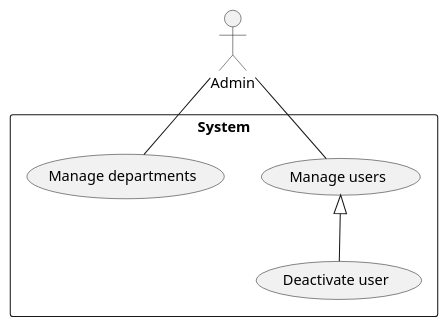
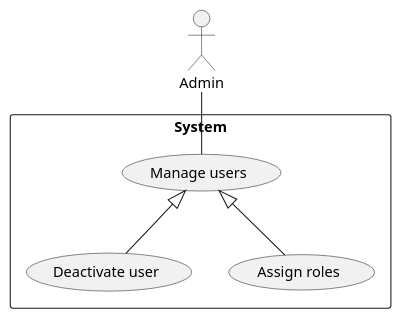
Before and after one commit to phihungha/scmss-reqs: the diagram in use-cases/admin.plantuml, drawn with PlantUML. The commit also changed 1 other file, not shown here.

```diff
--- a/use-cases/admin.plantuml
+++ b/use-cases/admin.plantuml
@@ -1,10 +1,10 @@
 @startuml Admin
 :Admin: as ad
 
 rectangle System {
     ad -- (Manage users)
     (Manage users) <|-- (Deactivate user)
-    ad -- (Manage departments)
+    (Manage users) <|-- (Assign roles)
 }
 
 @enduml
```
